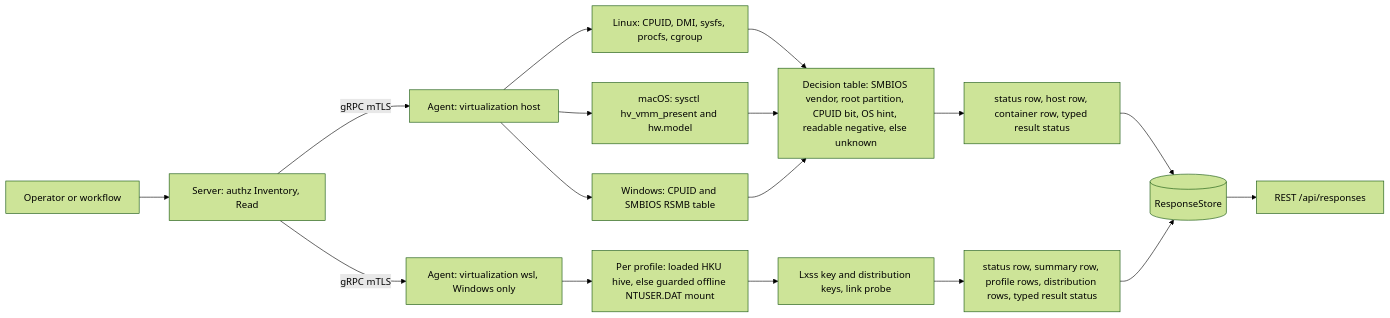
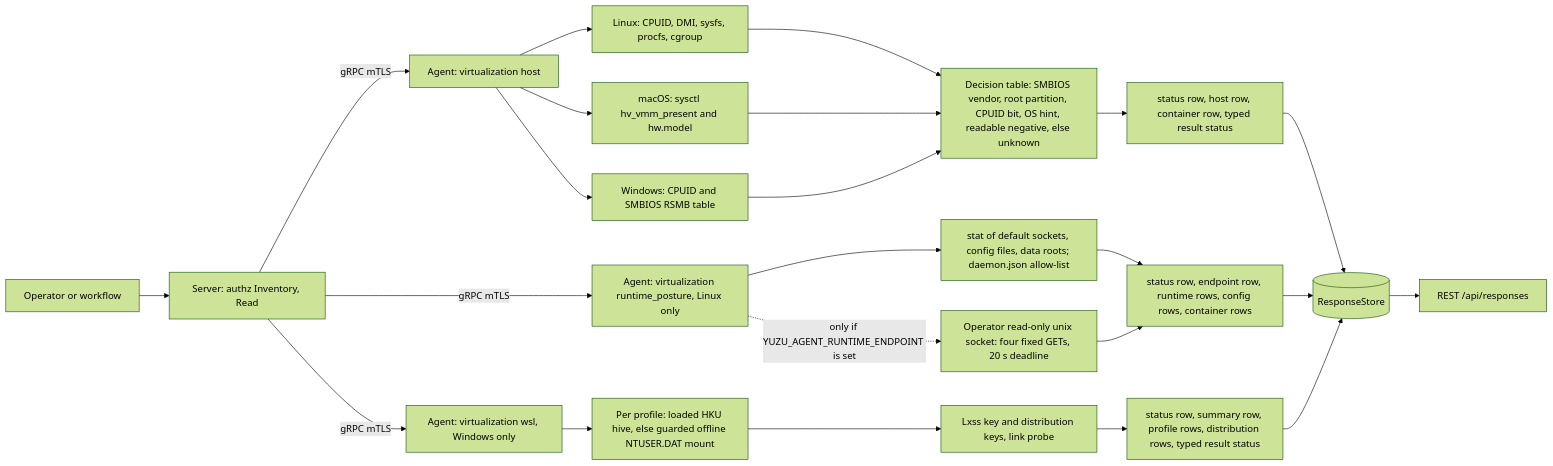
The first of 2 diagrams in agents/plugins/virtualization/README.md (DevNullLtd/Yuzu), drawn with Mermaid (forest theme) before and after one commit. The commit also changed other lines of this file and 22 other files, not shown here.

Commit message:
feat(virtualization): add Linux runtime_posture action over an operator-provided read-only endpoint

````diff
--- a/agents/plugins/virtualization/README.md
+++ b/agents/plugins/virtualization/README.md
@@ -25,19 +31,25 @@
 ```mermaid
 flowchart LR
   OP["Operator or workflow"] --> SRV["Server: authz Inventory, Read"]
   SRV -->|"gRPC mTLS"| EX["Agent: virtualization host"]
   EX --> LIN["Linux: CPUID, DMI, sysfs, procfs, cgroup"]
   EX --> MAC["macOS: sysctl hv_vmm_present and hw.model"]
   EX --> WIN["Windows: CPUID and SMBIOS RSMB table"]
+  SRV -->|"gRPC mTLS"| EXR["Agent: virtualization runtime_posture, Linux only"]
+  EXR --> RTS["stat of default sockets, config files, data roots; daemon.json allow-list"]
+  EXR -.->|"only if YUZU_AGENT_RUNTIME_ENDPOINT is set"| EPT["Operator read-only unix socket: four fixed GETs, 20 s deadline"]
   SRV -->|"gRPC mTLS"| EXW["Agent: virtualization wsl, Windows only"]
   EXW --> HIV["Per profile: loaded HKU hive, else guarded offline NTUSER.DAT mount"]
   HIV --> LXS["Lxss key and distribution keys, link probe"]
   LIN --> DEC["Decision table: SMBIOS vendor, root partition, CPUID bit, OS hint, readable negative, else unknown"]
   MAC --> DEC
   WIN --> DEC
   DEC --> ROWS["status row, host row, container row, typed result status"]
   LXS --> WROWS["status row, summary row, profile rows, distribution rows, typed result status"]
   ROWS --> RS[("ResponseStore")]
+  RTS --> RROWS["status row, endpoint row, runtime rows, config rows, container rows"]
+  EPT --> RROWS
+  RROWS --> RS
   WROWS --> RS
   RS --> API["REST /api/responses"]
 ```
````
